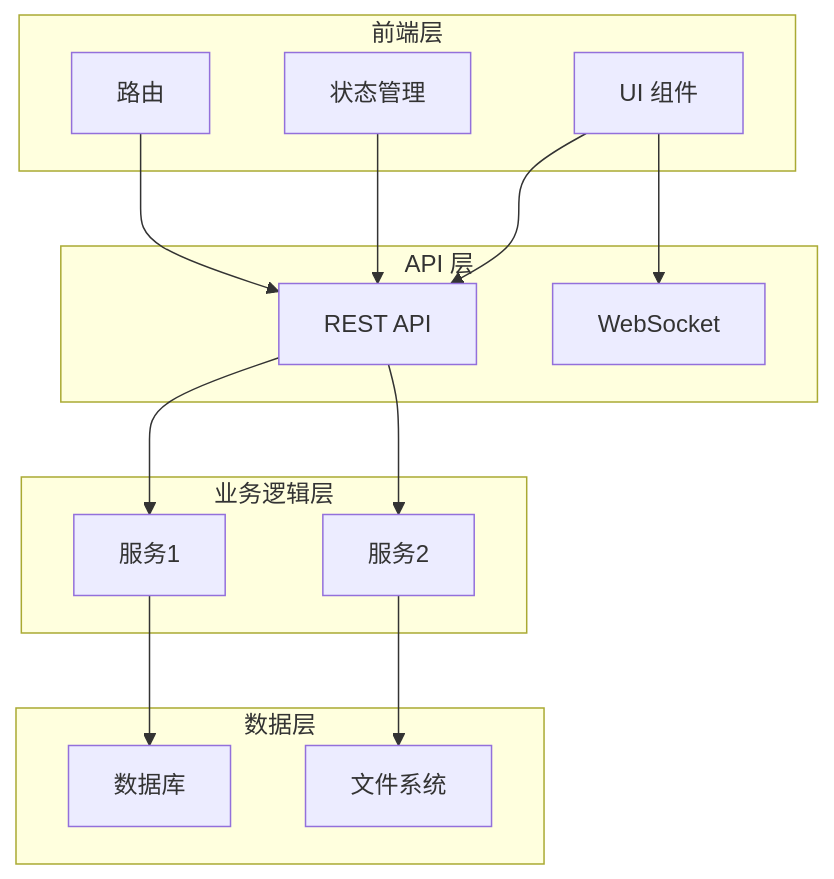
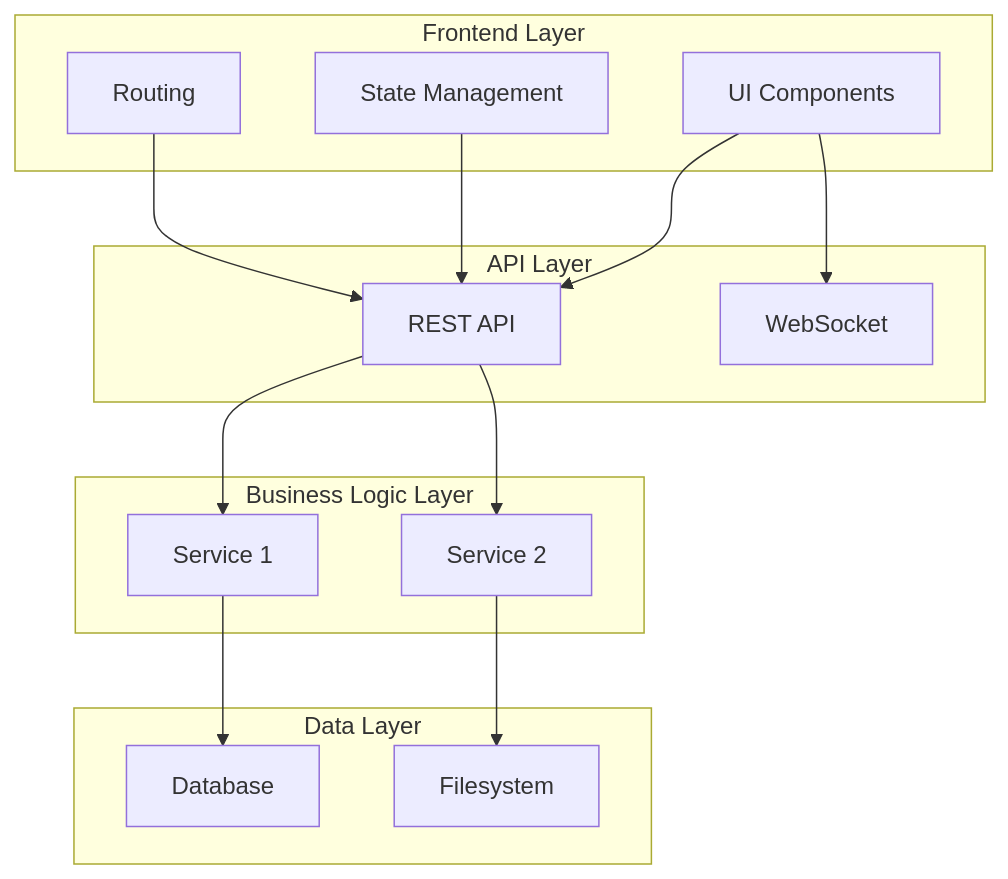
One commit to Konggou/my_skills changed the first of 7 diagrams in custom/project-framework-analyzer/assets/framework-diagram-template.md. Above: the diagram before and after it, drawn with Mermaid. The commit also changed other lines of this file and 6 other files, not shown here.

````diff
--- a/custom/project-framework-analyzer/assets/framework-diagram-template.md
+++ b/custom/project-framework-analyzer/assets/framework-diagram-template.md
@@ -9,32 +9,32 @@
 ```mermaid
 graph TB
-    subgraph "前端层"
-        A[UI 组件]
-        B[状态管理]
-        C[路由]
+    subgraph "Frontend Layer"
+        A[UI Components]
+        B[State Management]
+        C[Routing]
     end
     
-    subgraph "API 层"
+    subgraph "API Layer"
         D[REST API]
         E[WebSocket]
     end
     
-    subgraph "业务逻辑层"
-        F[服务1]
-        G[服务2]
+    subgraph "Business Logic Layer"
+        F[Service 1]
+        G[Service 2]
     end
     
-    subgraph "数据层"
-        H[数据库]
-        I[文件系统]
+    subgraph "Data Layer"
+        H[Database]
+        I[Filesystem]
     end
     
     A --> D
     B --> D
     C --> D
     A --> E
     D --> F
     D --> G
     F --> H
     G --> I
 ```
````
